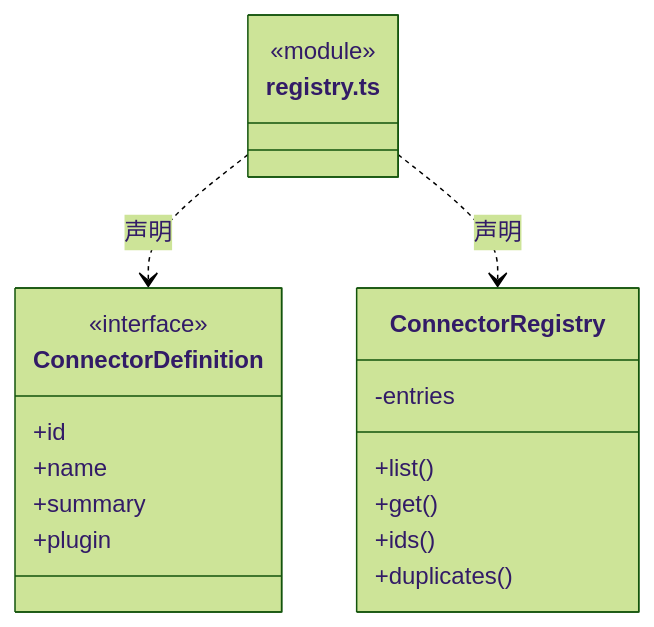
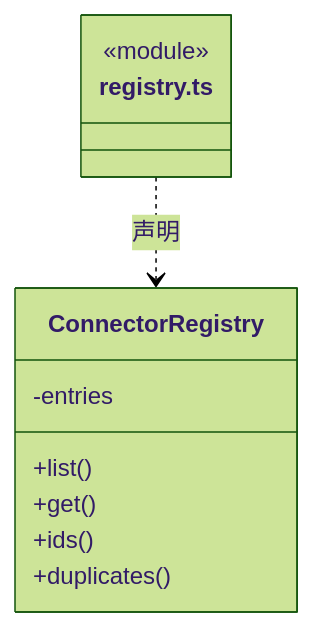
The third of 9 diagrams in src/backend/core/connectors/ARCHITECTURE.md (nan023062/cbim), drawn with Mermaid (forest theme) before and after one commit. The commit also changed other lines of this file and 49 other files, not shown here.

````diff
--- a/src/backend/core/connectors/ARCHITECTURE.md
+++ b/src/backend/core/connectors/ARCHITECTURE.md
@@ -19,22 +54,14 @@
 ```mermaid
 classDiagram
 class N_src_backend_core_connectors_registry_ts["registry.ts"] {
   <<module>>
 }
-class N_src_backend_core_connectors_registry_ts_ConnectorDefinition["ConnectorDefinition"] {
-  <<interface>>
-  +id
-  +name
-  +summary
-  +plugin
-}
-N_src_backend_core_connectors_registry_ts ..> N_src_backend_core_connectors_registry_ts_ConnectorDefinition : 声明
 class N_src_backend_core_connectors_registry_ts_ConnectorRegistry["ConnectorRegistry"] {
   +list()
   +get()
   +ids()
   +duplicates()
   -entries
 }
 N_src_backend_core_connectors_registry_ts ..> N_src_backend_core_connectors_registry_ts_ConnectorRegistry : 声明
 ```
````
